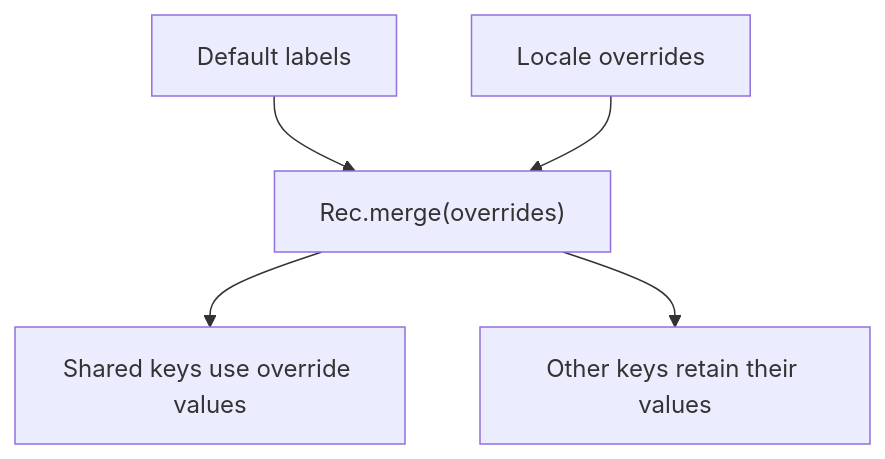
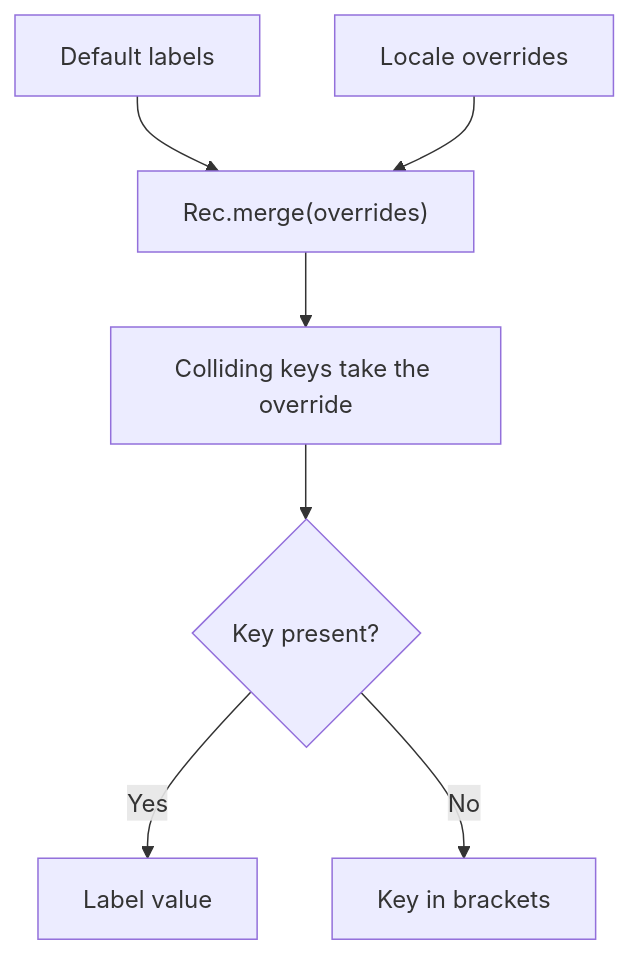
One commit to pplnd/core changed the diagram in docs/src/content/docs/guides/rec.md. Above: the diagram before and after it, drawn with Mermaid. The commit also changed other lines of this file and 63 other files, not shown here.

````diff
--- a/docs/src/content/docs/guides/rec.md
+++ b/docs/src/content/docs/guides/rec.md
@@ -28,7 +40,9 @@
 ```mermaid
 flowchart TD
-  Base["Default labels"] --> Merge["Rec.merge(overrides)"]
-  Override["Locale overrides"] --> Merge
-  Merge --> Shared["Shared keys use override values"]
-  Merge --> Others["Other keys retain their values"]
+  Defaults["Default labels"] --> Merge["Rec.merge(overrides)"]
+  Overrides["Locale overrides"] --> Merge
+  Merge --> Shared["Colliding keys take the override"]
+  Shared --> Lookup{"Key present?"}
+  Lookup -->|Yes| Value["Label value"]
+  Lookup -->|No| Placeholder["Key in brackets"]
 ```
````
